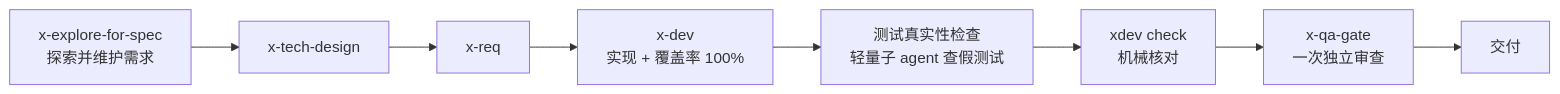
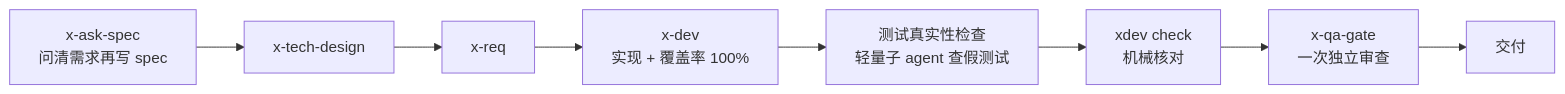
The diagram in README_zh.md (KtKID/x-dev-pipeline), drawn with Mermaid before and after one commit. The commit also changed other lines of this file and 84 other files, not shown here.

First line of the commit message:
x-explore-for-spec 改名 x-ask-spec：先问清需求再写 spec，一期最多 5 个 feat

````diff
--- a/README_zh.md
+++ b/README_zh.md
@@ -24,10 +24,10 @@
 ```mermaid
 flowchart LR
-    A["x-explore-for-spec<br/>探索并维护需求"] --> B["x-tech-design"]
+    A["x-ask-spec<br/>问清需求再写 spec"] --> B["x-tech-design"]
     B --> C["x-req"]
     C --> D["x-dev<br/>实现 + 覆盖率 100%"]
     D --> I["测试真实性检查<br/>轻量子 agent 查假测试"]
     I --> E["xdev check<br/>机械核对"]
     E --> F["x-qa-gate<br/>一次独立审查"]
     F --> G["交付"]
 ```
````
